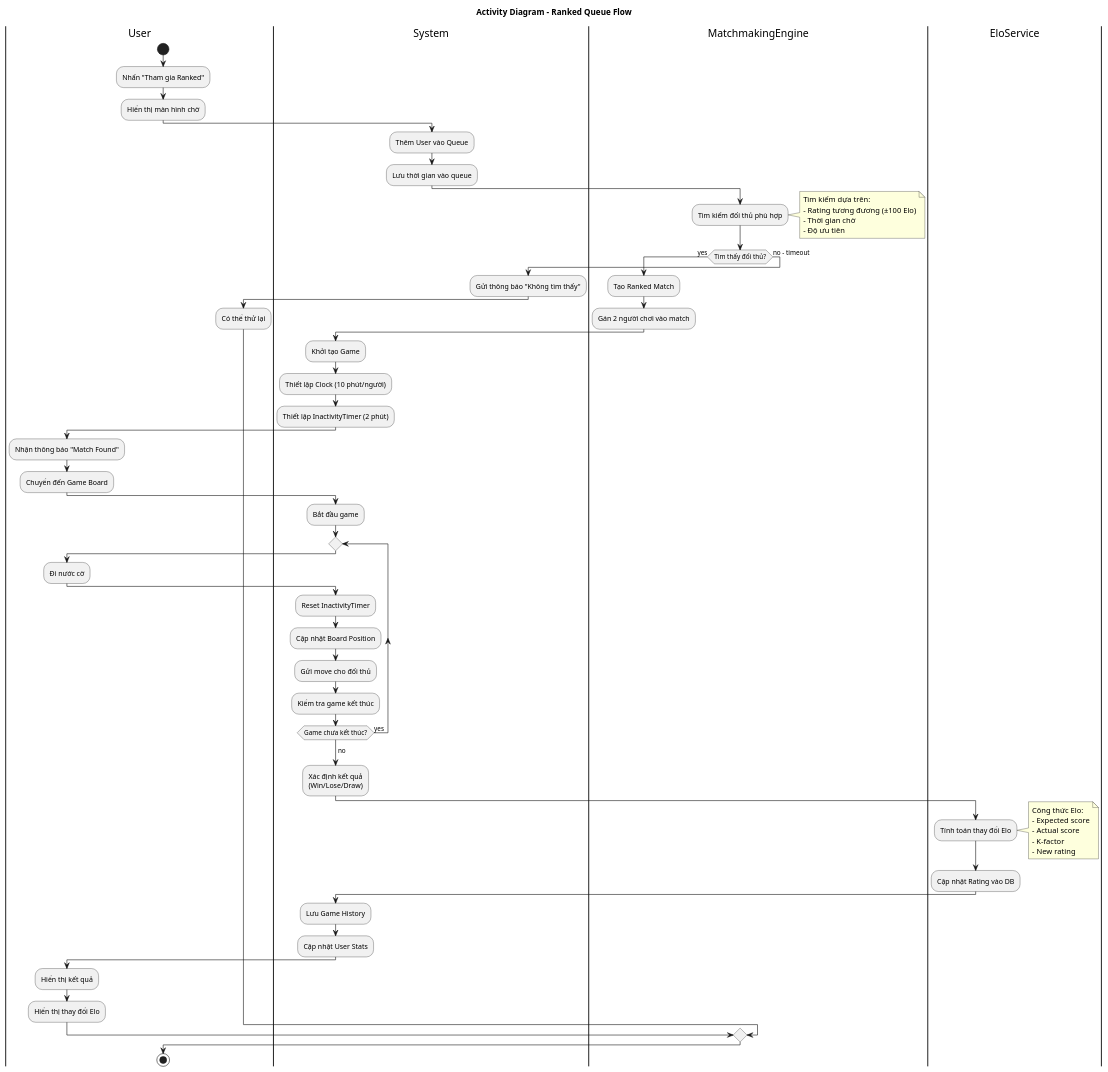
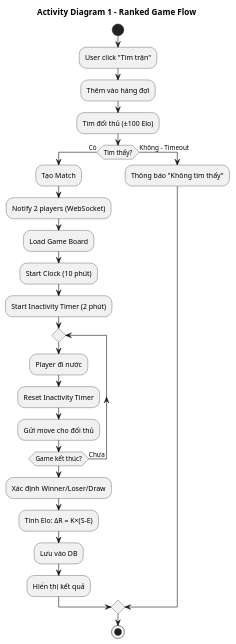
The diagram in diagram/activity/ranked_queue_activity.puml (Sagitoaz/ChessWeb), drawn with PlantUML before and after one commit. The commit also changed 6 other files, not shown here.

Commit message:
Refactor activity, sequence, and state diagrams for ranked match system; update titles and streamline processes

```diff
--- a/diagram/activity/ranked_queue_activity.puml
+++ b/diagram/activity/ranked_queue_activity.puml
@@ -1,86 +1,40 @@
 @startuml UML_P3_Ranked_Queue_Activity
 
-title Activity Diagram - Ranked Queue Flow
+title Activity Diagram 1 - Ranked Game Flow
 
-|User|
 start
-:Nhấn "Tham gia Ranked";
-:Hiển thị màn hình chờ;
 
-|System|
-:Thêm User vào Queue;
-:Lưu thời gian vào queue;
+:User click "Tìm trận";
 
-|MatchmakingEngine|
-:Tìm kiếm đối thủ phù hợp;
-note right
-  Tìm kiếm dựa trên:
-  - Rating tương đương (±100 Elo)
-  - Thời gian chờ
-  - Độ ưu tiên
-end note
+:Thêm vào hàng đợi;
 
-if (Tìm thấy đối thủ?) then (yes)
-    :Tạo Ranked Match;
-    :Gán 2 người chơi vào match;
+:Tìm đối thủ (±100 Elo);
+
+if (Tìm thấy?) then (Có)
     
-    |System|
-    :Khởi tạo Game;
-    :Thiết lập Clock (10 phút/người);
-    :Thiết lập InactivityTimer (2 phút);
-    
-    |User|
-    :Nhận thông báo "Match Found";
-    :Chuyển đến Game Board;
-    
-    |System|
-    :Bắt đầu game;
+    :Tạo Match;
+    :Notify 2 players (WebSocket);
+    :Load Game Board;
+    :Start Clock (10 phút);
+    :Start Inactivity Timer (2 phút);
     
     repeat
-        |User|
-        :Đi nước cờ;
-        
-        |System|
-        :Reset InactivityTimer;
-        :Cập nhật Board Position;
+        :Player đi nước;
+        :Reset Inactivity Timer;
         :Gửi move cho đối thủ;
-        :Kiểm tra game kết thúc;
-        
-    repeat while (Game chưa kết thúc?) is (yes)
-    -> no;
+    repeat while (Game kết thúc?) is (Chưa)
     
-    |System|
-    :Xác định kết quả\n(Win/Lose/Draw);
+    :Xác định Winner/Loser/Draw;
+    :Tính Elo: ΔR = K×(S-E);
+    :Lưu vào DB;
+    :Hiển thị kết quả;
     
-    |EloService|
-    :Tính toán thay đổi Elo;
-    note right
-      Công thức Elo:
-      - Expected score
-      - Actual score
-      - K-factor
-      - New rating
-    end note
+else (Không - Timeout)
     
-    :Cập nhật Rating vào DB;
-    
-    |System|
-    :Lưu Game History;
-    :Cập nhật User Stats;
-    
-    |User|
-    :Hiển thị kết quả;
-    :Hiển thị thay đổi Elo;
-    
-else (no - timeout)
-    |System|
-    :Gửi thông báo "Không tìm thấy";
-    
-    |User|
-    :Có thể thử lại;
+    :Thông báo "Không tìm thấy";
     
 endif
 
 stop
 
 @enduml
```
